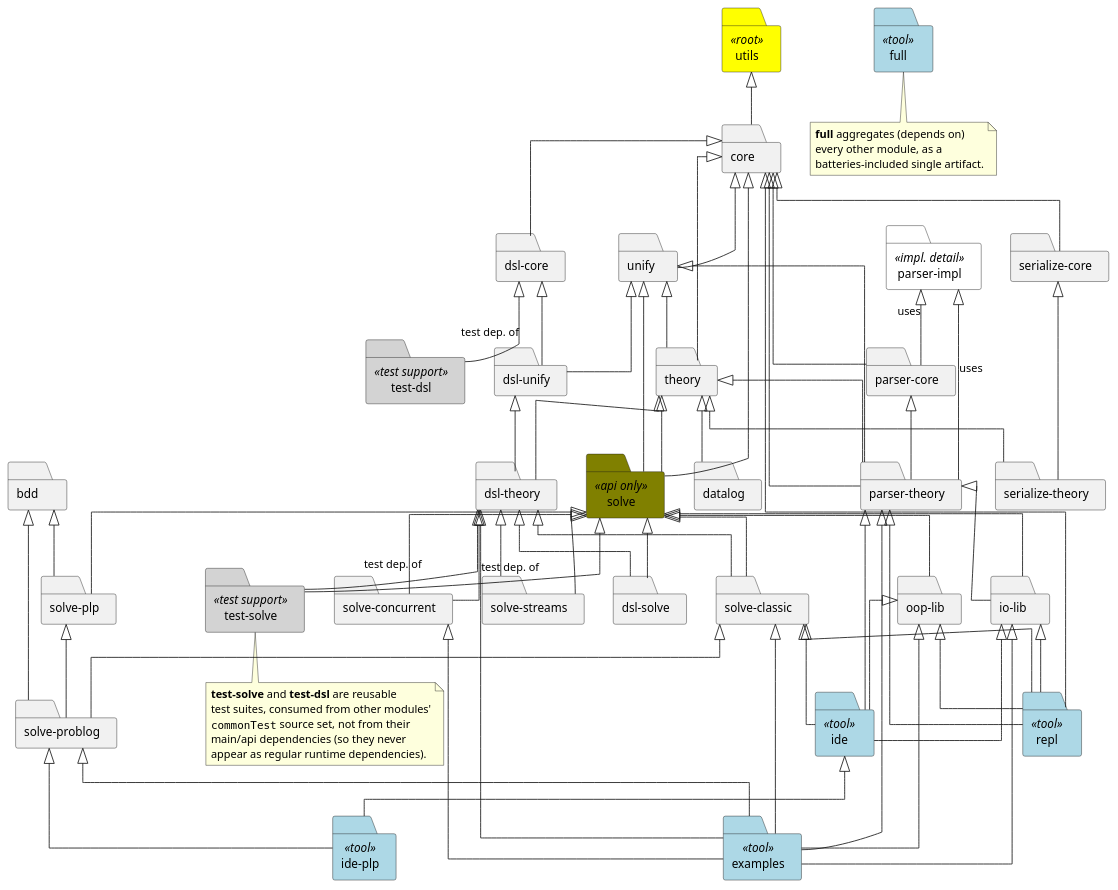
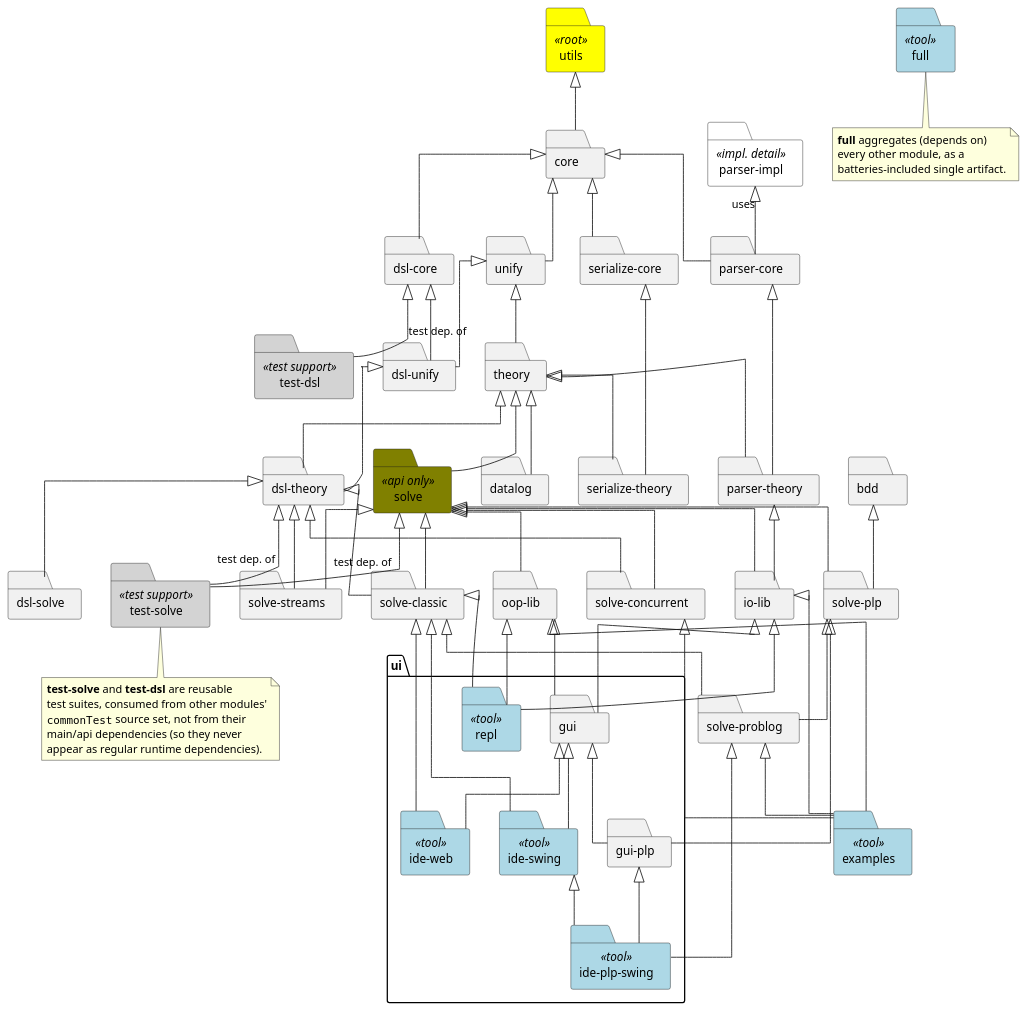
Before and after one commit to tuProlog/2p-kt: the diagram in documentation/diagrams/project-map.puml, drawn with PlantUML. The commit also changed 402 other files, not shown here.

First line of the commit message:
feat!: re-engineer gui to have platform- and toolkit-agnostic model and controller, and swing and web based incarnations with e2e tests (#964)

```diff
--- a/documentation/diagrams/project-map.puml
+++ b/documentation/diagrams/project-map.puml
@@ -1,144 +1,153 @@
 @startuml
 top to bottom direction
 skinparam shadowing false
 skinparam linetype ortho
 
 skinparam folder {
   BackgroundColor<<root>> yellow
   BackgroundColor<<api only>> olive
   BackgroundColor<<impl. detail>> white
   BackgroundColor<<test support>> lightgray
   BackgroundColor<<tool>> lightblue
 }
 
 folder "utils" <<root>>
 folder "core"
 folder "unify"
 folder "theory"
 folder "datalog"
 folder "bdd"
 
 folder "dsl-core" as DC
 folder "dsl-unify" as DU
 folder "dsl-theory" as DT
 folder "dsl-solve" as DS
 
 folder "solve" <<api only>>
 folder "solve-classic" as SC
 folder "solve-streams" as SS
 folder "solve-concurrent" as SCON
 folder "solve-plp" as SPLP
 folder "solve-problog" as SPL
 
 folder "parser-core" as PC
 folder "parser-impl" <<impl. detail>> as PI
 folder "parser-theory" as PT
 
 folder "serialize-core" as SRC
 folder "serialize-theory" as SRT
 
 folder "test-solve" <<test support>> as TS
 folder "test-dsl" <<test support>> as TD
 
 folder "oop-lib" as OOP
 folder "io-lib" as IO
-folder "repl" <<tool>>
-folder "ide" <<tool>>
-folder "ide-plp" <<tool>> as IDEPLP
+
+' All modules physically living under ui/ in the repo, grouped together.
+package "ui" {
+  folder "repl" <<tool>>
+  folder "gui" as GUI
+  folder "gui-plp" as GPLP
+  folder "ide-swing" <<tool>> as IDESW
+  folder "ide-plp-swing" <<tool>> as IDEPLPSW
+  folder "ide-web" <<tool>> as IDEWEB
+}
+
 folder "examples" <<tool>>
 folder "full" <<tool>>
+
+' Edges below are a transitive reduction: only direct dependencies not already implied
+' by another shown path are drawn (e.g. solve -> theory is enough, since theory already
+' implies unify and core).
 
 ' -- Foundation --
 utils <|-down- core
 
 ' -- Unification & theories --
 core <|-down- unify
-core <|-down- theory
 unify <|-down- theory
 theory <|-down- datalog
 
 ' -- Kotlin DSL --
 core <|-down- DC
 DC <|-down- DU
 unify <|-down- DU
 DU <|-down- DT
 theory <|-down- DT
 DT <|-down- DS
 
 ' -- Resolution (solve) --
-core <|-down- solve
-unify <|-down- solve
 theory <|-down- solve
 solve <|-down- SC
 DT <|-down- SC
-solve <|-down- DS
 solve <|-down- SS
 DT <|-down- SS
 solve <|-down- SCON
 DT <|-down- SCON
 solve <|-down- SPLP
 bdd <|-down- SPLP
-bdd <|-down- SPL
 SC <|-down- SPL
 SPLP <|-down- SPL
 
 ' -- Parsing --
 core <|-down- PC
 PI <|-down- PC : uses
-core <|-down- PT
-unify <|-down- PT
 theory <|-down- PT
 PC <|-down- PT
-PI <|-down- PT : uses
 
 ' -- Serialization --
 core <|-down- SRC
 theory <|-down- SRT
 SRC <|-down- SRT
 
 ' -- Test-support modules (consumed from `commonTest`, not from `commonMain`) --
 solve <|-down- TS : test dep. of
 DT <|-down- TS : test dep. of
 DC <|-down- TD : test dep. of
 
-' -- Libraries & tools --
+' -- Libraries --
 solve <|-down- OOP
 solve <|-down- IO
 PT <|-down- IO
 
-core <|-down- "repl"
+' -- UI toolkit & apps (ui/) --
 OOP <|-down- "repl"
 IO <|-down- "repl"
 SC <|-down- "repl"
-PT <|-down- "repl"
 
-IO <|-down- "ide"
-OOP <|-down- "ide"
-PT <|-down- "ide"
-SC <|-down- "ide"
+IO <|-down- GUI
+OOP <|-down- GUI
 
-"ide" <|-down- IDEPLP
-SPL <|-down- IDEPLP
+GUI <|-down- GPLP
+SPLP <|-down- GPLP
 
-SC <|-down- "examples"
+GUI <|-down- IDESW
+SC <|-down- IDESW
+
+GPLP <|-down- IDEPLPSW
+IDESW <|-down- IDEPLPSW
+SPL <|-down- IDEPLPSW
+
+GUI <|-down- IDEWEB
+SC <|-down- IDEWEB
+
+' -- Tools --
 SCON <|-down- "examples"
 SPL <|-down- "examples"
-DT <|-down- "examples"
-PT <|-down- "examples"
 IO <|-down- "examples"
 OOP <|-down- "examples"
 
 note bottom of TS
   **test-solve** and **test-dsl** are reusable
   test suites, consumed from other modules'
   ""commonTest"" source set, not from their
   main/api dependencies (so they never
   appear as regular runtime dependencies).
 end note
 
 note bottom of "full"
   **full** aggregates (depends on)
   every other module, as a
   batteries-included single artifact.
 end note
 @enduml
```
